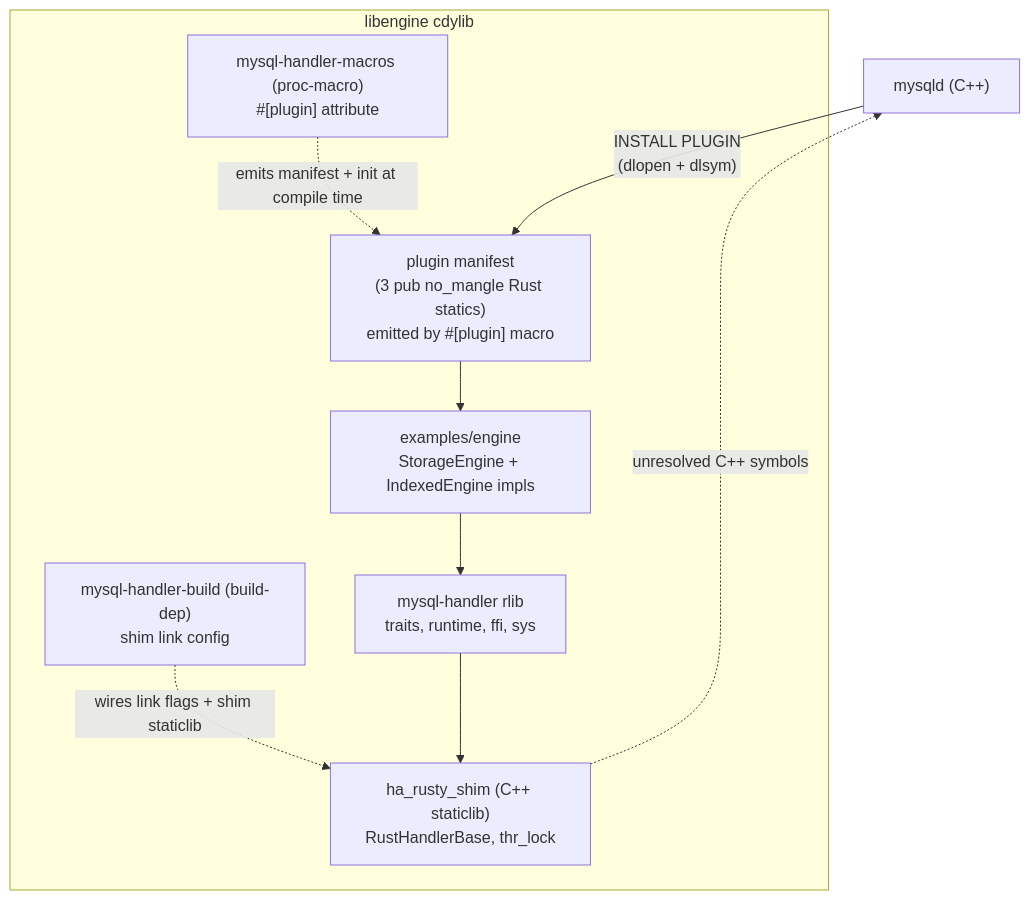
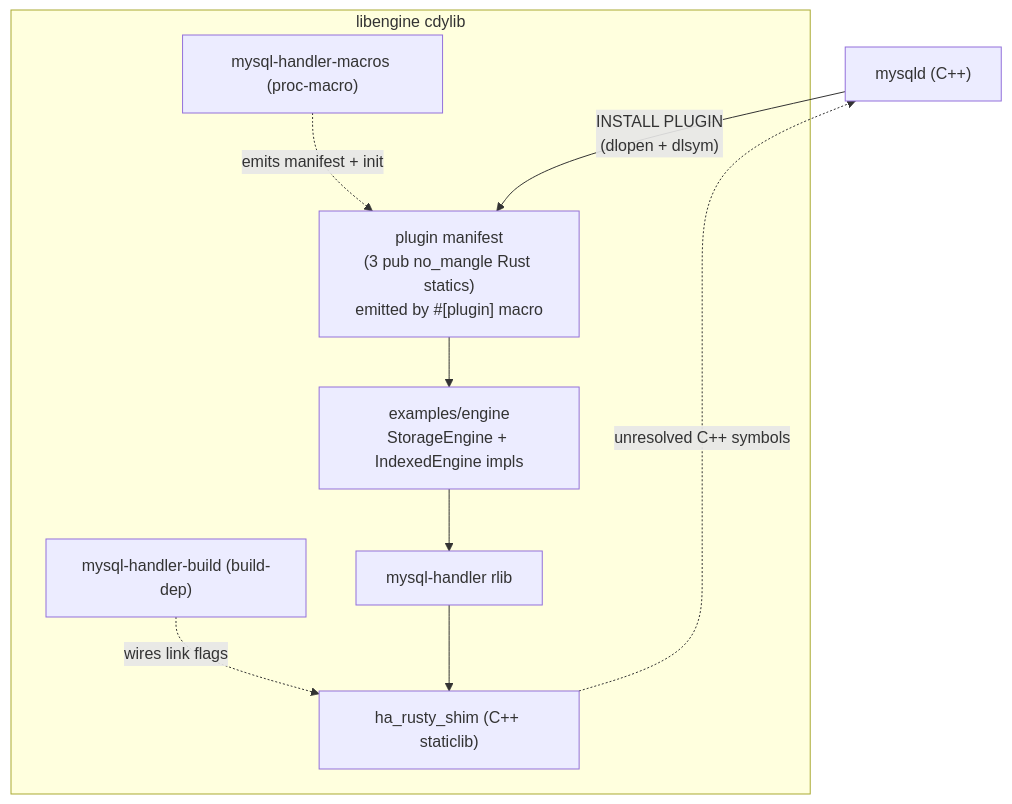
One commit to ren-yamanashi/rusty_mysql_handler changed the first of 2 diagrams in docs/architecture.md. Above: the diagram before and after it, drawn with Mermaid. The commit also changed other lines of this file and 2 other files, not shown here.

Commit message:
docs: trim quick start and architecture prose

````diff
--- a/docs/architecture.md
+++ b/docs/architecture.md
@@ -5,17 +5,17 @@
 ```mermaid
 graph TD
   Server["mysqld (C++)"]
   subgraph cdylib["libengine cdylib"]
     Manifest["plugin manifest<br/>(3 pub no_mangle Rust statics)<br/>emitted by #[plugin] macro"]
     Engine["examples/engine<br/>StorageEngine + IndexedEngine impls"]
-    Macros["mysql-handler-macros (proc-macro)<br/>#[plugin] attribute"]
-    Build["mysql-handler-build (build-dep)<br/>shim link config"]
-    Rlib["mysql-handler rlib<br/>traits, runtime, ffi, sys"]
-    Shim["ha_rusty_shim (C++ staticlib)<br/>RustHandlerBase, thr_lock"]
+    Macros["mysql-handler-macros (proc-macro)"]
+    Build["mysql-handler-build (build-dep)"]
+    Rlib["mysql-handler rlib"]
+    Shim["ha_rusty_shim (C++ staticlib)"]
   end
   Server -->|"INSTALL PLUGIN<br/>(dlopen + dlsym)"| Manifest
   Manifest --> Engine --> Rlib --> Shim
-  Macros -. "emits manifest + init at compile time" .-> Manifest
-  Build -. "wires link flags + shim staticlib" .-> Shim
+  Macros -. "emits manifest + init" .-> Manifest
+  Build -. "wires link flags" .-> Shim
   Shim -. "unresolved C++ symbols" .-> Server
 ```
````
